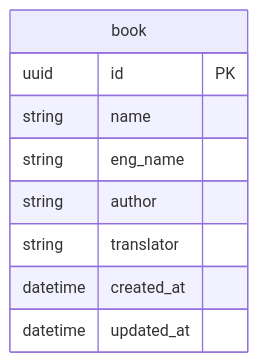
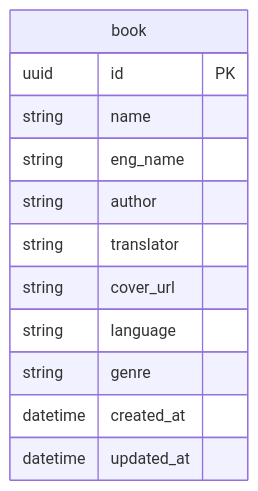
The diagram in api/schema.md (QuAzZeR/BookShelf), drawn with Mermaid before and after one commit. The commit also changed 3 other files, not shown here.

Commit message:
:sparkles: Update database schema

````diff
--- a/api/schema.md
+++ b/api/schema.md
@@ -1,13 +1,16 @@
 ```mermaid
   erDiagram
       book {
           uuid id PK
           string name
           string eng_name
           string author
           string translator
+          string cover_url
+          string language
+          string genre
           datetime created_at
           datetime updated_at
       }
 
 ```
````
